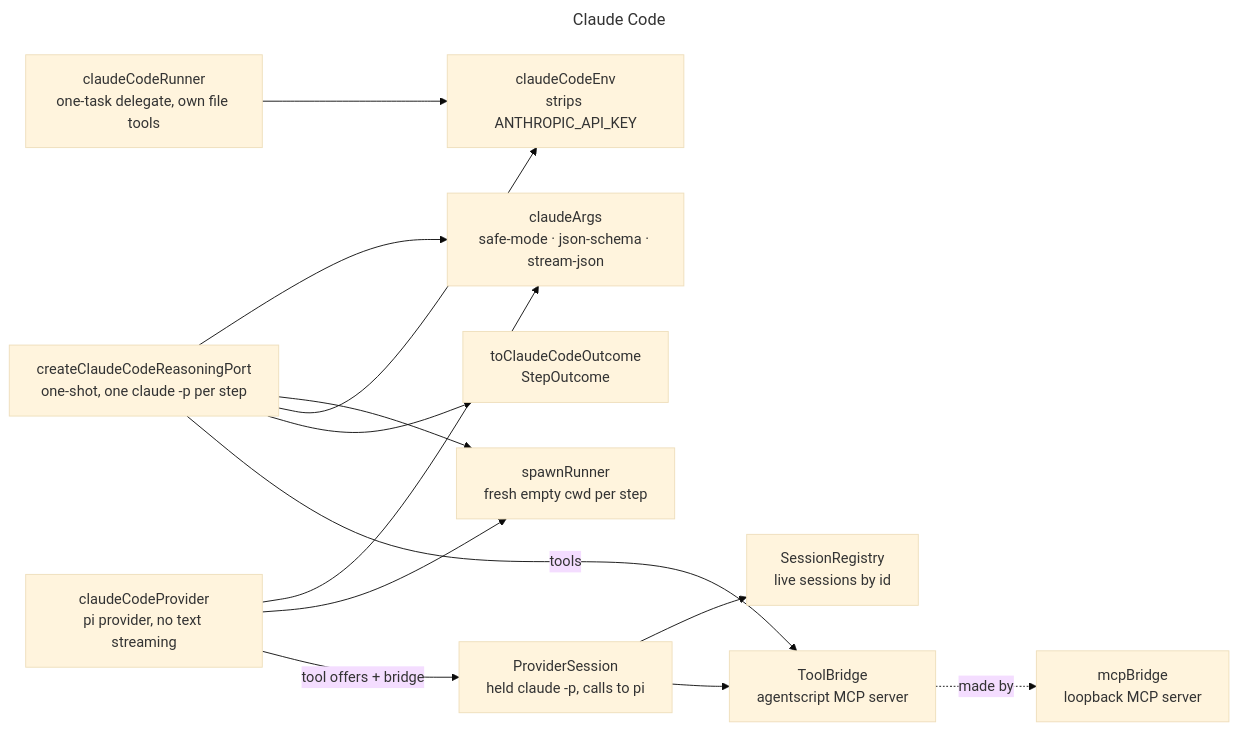
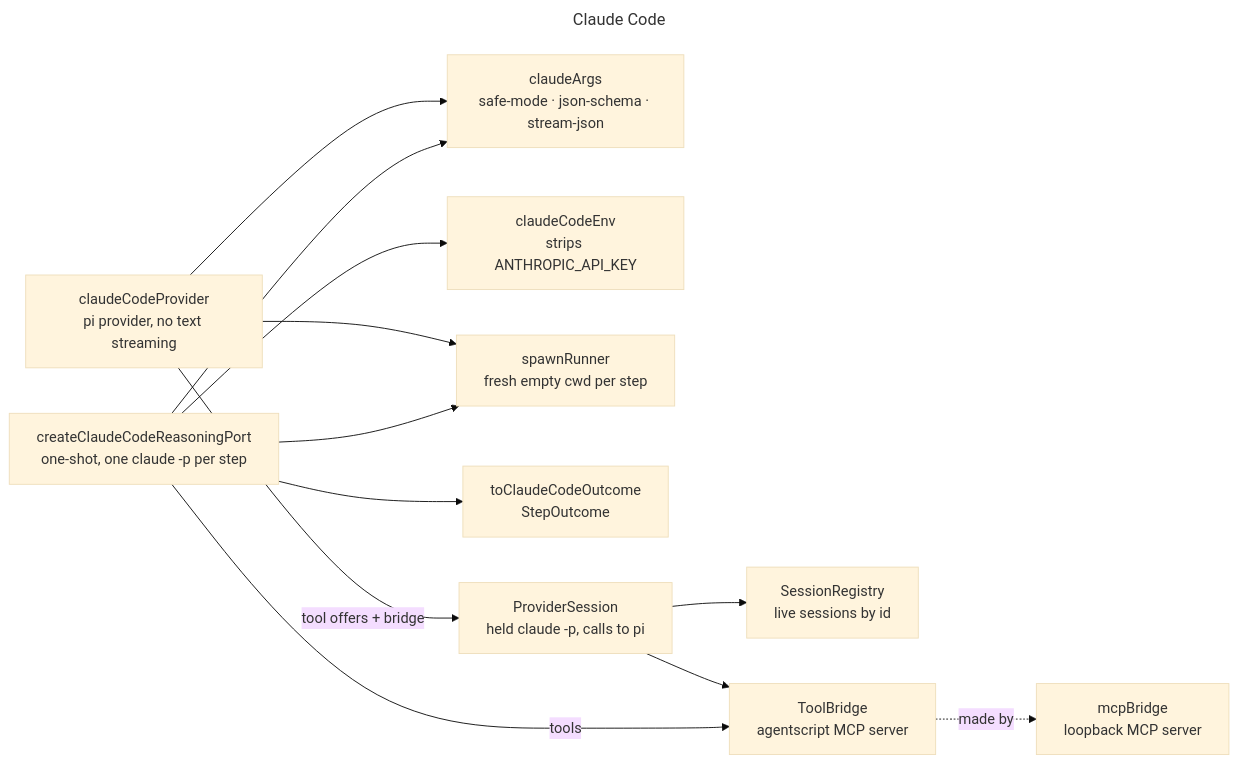
Before and after one commit to jtaylorcpp/specsesh-agent: the diagram in blueprint/claude-code.mmd, drawn with Mermaid (base theme). The commit also changed 56 other files, not shown here.

First line of the commit message:
remove-claude-code-delegate: Claude Code is model access only

```diff
--- a/blueprint/claude-code.mmd
+++ b/blueprint/claude-code.mmd
@@ -1,40 +1,37 @@
 ---
 title: Claude Code
 ---
 flowchart LR
   port[createClaudeCodeReasoningPort<br/>one-shot, one claude -p per step]
   provider[claudeCodeProvider<br/>pi provider, no text streaming]
   args[claudeArgs<br/>safe-mode · json-schema · stream-json]
   env[claudeCodeEnv<br/>strips ANTHROPIC_API_KEY]
   spawn[spawnRunner<br/>fresh empty cwd per step]
   outcome[toClaudeCodeOutcome<br/>StepOutcome]
   session[ProviderSession<br/>held claude -p, calls to pi]
   sessions[SessionRegistry<br/>live sessions by id]
   bridge[ToolBridge<br/>agentscript MCP server]
   mcpbridge[mcpBridge<br/>loopback MCP server]
-  runner[claudeCodeRunner<br/>one-task delegate, own file tools]
 
   port --> args
   port --> spawn
   port --> env
   port --> outcome
   port -->|tools| bridge
   provider --> args
   provider --> spawn
   provider -->|tool offers + bridge| session
   session --> sessions
   session --> bridge
   bridge -.->|made by| mcpbridge
-  runner --> env
 
   %% code: port packages/agent/src/claude-code/claude-code.ts:258
   %% code: provider packages/agent/src/claude-code/claude-code-provider.ts:96
   %% code: args packages/agent/src/claude-code/claude-code.ts:205
   %% code: env packages/agent/src/claude-code/claude-code.ts:241
   %% code: spawn packages/agent/src/claude-code/claude-code.ts:512
   %% code: outcome packages/agent/src/claude-code/claude-code.ts:461
   %% code: session packages/agent/src/claude-code/provider-session.ts:72
   %% code: sessions packages/agent/src/claude-code/provider-session.ts:34
   %% code: bridge packages/agent/src/claude-code/tool-bridge.ts:35
   %% code: mcpbridge packages/agent/src/mcp/mcp-bridge.ts:24
-  %% code: runner packages/agent/src/node/claude-code-runner.ts:55
```
